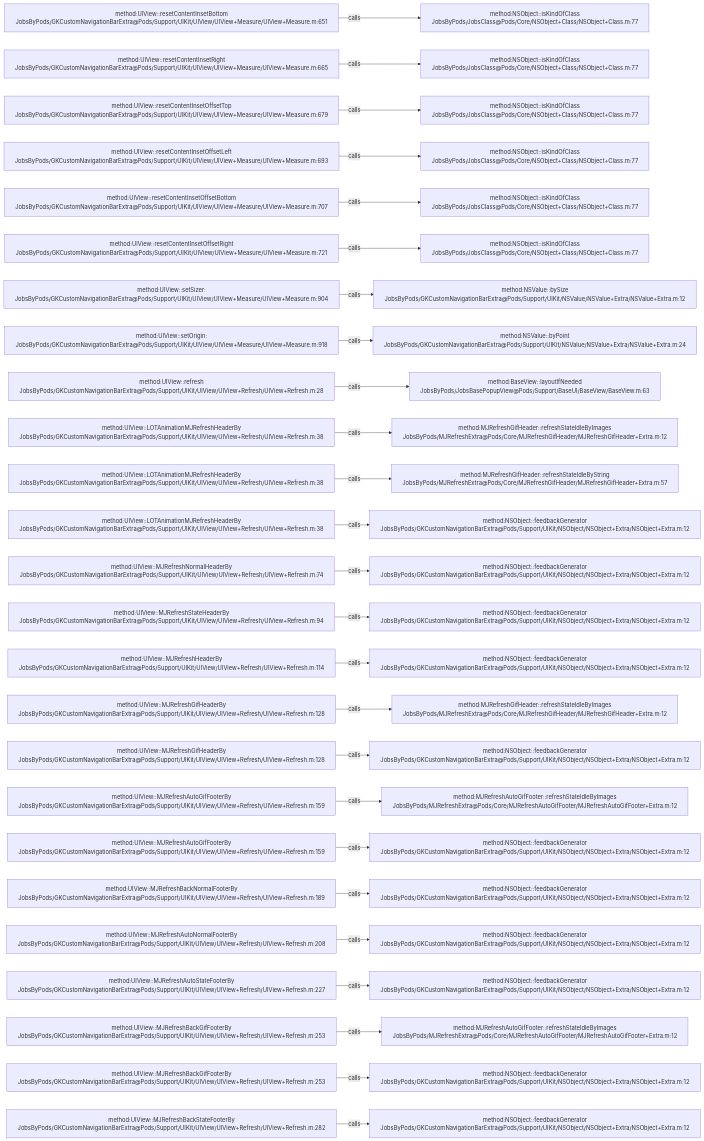
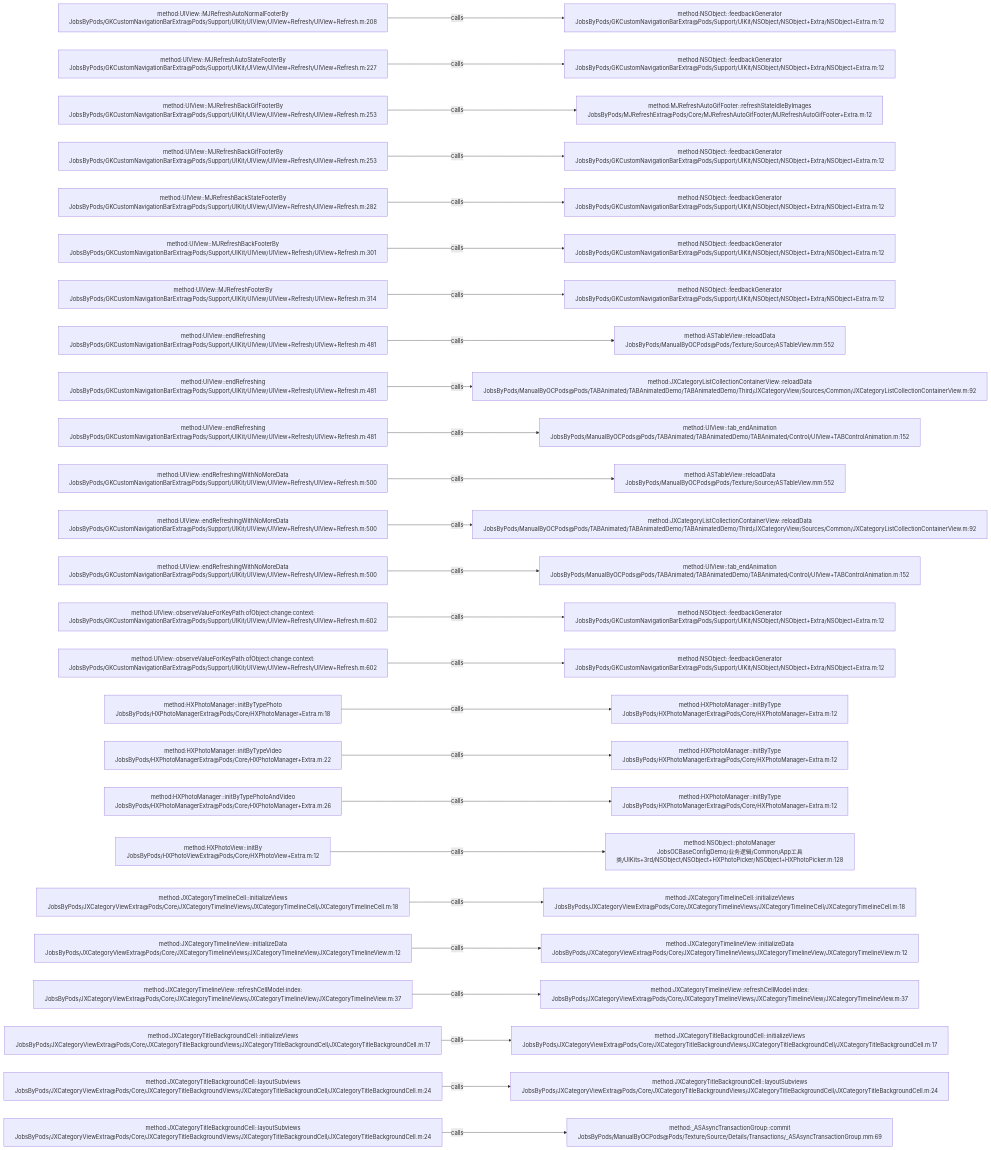
The diagram in .codegraph/codegraph.md/graphs/calls-011.md (JobsKits/JobsOCBaseConfigDemo), drawn with Mermaid before and after one commit. The commit also changed 1026 other files, not shown here.

````diff
--- a/.codegraph/codegraph.md/graphs/calls-011.md
+++ b/.codegraph/codegraph.md/graphs/calls-011.md
@@ -13,78 +13,78 @@
 ```mermaid
 flowchart LR
-  S1["method:UIView::resetContentInsetBottom<br/>JobsByPods/GKCustomNavigationBarExtra@Pods/Support/UIKit/UIView/UIView+Measure/UIView+Measure.m:651"]
-  T1["method:NSObject::isKindOfClass<br/>JobsByPods/JobsClass@Pods/Core/NSObject+Class/NSObject+Class.m:77"]
+  S1["method:UIView::MJRefreshAutoNormalFooterBy<br/>JobsByPods/GKCustomNavigationBarExtra@Pods/Support/UIKit/UIView/UIView+Refresh/UIView+Refresh.m:208"]
+  T1["method:NSObject::feedbackGenerator<br/>JobsByPods/GKCustomNavigationBarExtra@Pods/Support/UIKit/NSObject/NSObject+Extra/NSObject+Extra.m:12"]
   S1 -->|calls| T1
-  S2["method:UIView::resetContentInsetRight<br/>JobsByPods/GKCustomNavigationBarExtra@Pods/Support/UIKit/UIView/UIView+Measure/UIView+Measure.m:665"]
-  T2["method:NSObject::isKindOfClass<br/>JobsByPods/JobsClass@Pods/Core/NSObject+Class/NSObject+Class.m:77"]
+  S2["method:UIView::MJRefreshAutoStateFooterBy<br/>JobsByPods/GKCustomNavigationBarExtra@Pods/Support/UIKit/UIView/UIView+Refresh/UIView+Refresh.m:227"]
+  T2["method:NSObject::feedbackGenerator<br/>JobsByPods/GKCustomNavigationBarExtra@Pods/Support/UIKit/NSObject/NSObject+Extra/NSObject+Extra.m:12"]
   S2 -->|calls| T2
-  S3["method:UIView::resetContentInsetOffsetTop<br/>JobsByPods/GKCustomNavigationBarExtra@Pods/Support/UIKit/UIView/UIView+Measure/UIView+Measure.m:679"]
-  T3["method:NSObject::isKindOfClass<br/>JobsByPods/JobsClass@Pods/Core/NSObject+Class/NSObject+Class.m:77"]
+  S3["method:UIView::MJRefreshBackGifFooterBy<br/>JobsByPods/GKCustomNavigationBarExtra@Pods/Support/UIKit/UIView/UIView+Refresh/UIView+Refresh.m:253"]
+  T3["method:MJRefreshAutoGifFooter::refreshStateIdleByImages<br/>JobsByPods/MJRefreshExtra@Pods/Core/MJRefreshAutoGifFooter/MJRefreshAutoGifFooter+Extra.m:12"]
   S3 -->|calls| T3
-  S4["method:UIView::resetContentInsetOffsetLeft<br/>JobsByPods/GKCustomNavigationBarExtra@Pods/Support/UIKit/UIView/UIView+Measure/UIView+Measure.m:693"]
-  T4["method:NSObject::isKindOfClass<br/>JobsByPods/JobsClass@Pods/Core/NSObject+Class/NSObject+Class.m:77"]
+  S4["method:UIView::MJRefreshBackGifFooterBy<br/>JobsByPods/GKCustomNavigationBarExtra@Pods/Support/UIKit/UIView/UIView+Refresh/UIView+Refresh.m:253"]
+  T4["method:NSObject::feedbackGenerator<br/>JobsByPods/GKCustomNavigationBarExtra@Pods/Support/UIKit/NSObject/NSObject+Extra/NSObject+Extra.m:12"]
   S4 -->|calls| T4
-  S5["method:UIView::resetContentInsetOffsetBottom<br/>JobsByPods/GKCustomNavigationBarExtra@Pods/Support/UIKit/UIView/UIView+Measure/UIView+Measure.m:707"]
-  T5["method:NSObject::isKindOfClass<br/>JobsByPods/JobsClass@Pods/Core/NSObject+Class/NSObject+Class.m:77"]
+  S5["method:UIView::MJRefreshBackStateFooterBy<br/>JobsByPods/GKCustomNavigationBarExtra@Pods/Support/UIKit/UIView/UIView+Refresh/UIView+Refresh.m:282"]
+  T5["method:NSObject::feedbackGenerator<br/>JobsByPods/GKCustomNavigationBarExtra@Pods/Support/UIKit/NSObject/NSObject+Extra/NSObject+Extra.m:12"]
   S5 -->|calls| T5
-  S6["method:UIView::resetContentInsetOffsetRight<br/>JobsByPods/GKCustomNavigationBarExtra@Pods/Support/UIKit/UIView/UIView+Measure/UIView+Measure.m:721"]
-  T6["method:NSObject::isKindOfClass<br/>JobsByPods/JobsClass@Pods/Core/NSObject+Class/NSObject+Class.m:77"]
+  S6["method:UIView::MJRefreshBackFooterBy<br/>JobsByPods/GKCustomNavigationBarExtra@Pods/Support/UIKit/UIView/UIView+Refresh/UIView+Refresh.m:301"]
+  T6["method:NSObject::feedbackGenerator<br/>JobsByPods/GKCustomNavigationBarExtra@Pods/Support/UIKit/NSObject/NSObject+Extra/NSObject+Extra.m:12"]
   S6 -->|calls| T6
-  S7["method:UIView::setSizer:<br/>JobsByPods/GKCustomNavigationBarExtra@Pods/Support/UIKit/UIView/UIView+Measure/UIView+Measure.m:904"]
-  T7["method:NSValue::bySize<br/>JobsByPods/GKCustomNavigationBarExtra@Pods/Support/UIKit/NSValue/NSValue+Extra/NSValue+Extra.m:12"]
+  S7["method:UIView::MJRefreshFooterBy<br/>JobsByPods/GKCustomNavigationBarExtra@Pods/Support/UIKit/UIView/UIView+Refresh/UIView+Refresh.m:314"]
+  T7["method:NSObject::feedbackGenerator<br/>JobsByPods/GKCustomNavigationBarExtra@Pods/Support/UIKit/NSObject/NSObject+Extra/NSObject+Extra.m:12"]
   S7 -->|calls| T7
-  S8["method:UIView::setOrigin:<br/>JobsByPods/GKCustomNavigationBarExtra@Pods/Support/UIKit/UIView/UIView+Measure/UIView+Measure.m:918"]
-  T8["method:NSValue::byPoint<br/>JobsByPods/GKCustomNavigationBarExtra@Pods/Support/UIKit/NSValue/NSValue+Extra/NSValue+Extra.m:24"]
+  S8["method:UIView::endRefreshing<br/>JobsByPods/GKCustomNavigationBarExtra@Pods/Support/UIKit/UIView/UIView+Refresh/UIView+Refresh.m:481"]
+  T8["method:ASTableView::reloadData<br/>JobsByPods/ManualByOCPods@Pods/Texture/Source/ASTableView.mm:552"]
   S8 -->|calls| T8
-  S9["method:UIView::refresh<br/>JobsByPods/GKCustomNavigationBarExtra@Pods/Support/UIKit/UIView/UIView+Refresh/UIView+Refresh.m:28"]
-  T9["method:BaseView::layoutIfNeeded<br/>JobsByPods/JobsBasePopupView@Pods/Support/BaseUI/BaseView/BaseView.m:63"]
+  S9["method:UIView::endRefreshing<br/>JobsByPods/GKCustomNavigationBarExtra@Pods/Support/UIKit/UIView/UIView+Refresh/UIView+Refresh.m:481"]
+  T9["method:JXCategoryListCollectionContainerView::reloadData<br/>JobsByPods/ManualByOCPods@Pods/TABAnimated/TABAnimatedDemo/TABAnimatedDemo/Third/JXCategoryView/Sources/Common/JXCategoryListCollectionContainerView.m:92"]
   S9 -->|calls| T9
-  S10["method:UIView::LOTAnimationMJRefreshHeaderBy<br/>JobsByPods/GKCustomNavigationBarExtra@Pods/Support/UIKit/UIView/UIView+Refresh/UIView+Refresh.m:38"]
-  T10["method:MJRefreshGifHeader::refreshStateIdleByImages<br/>JobsByPods/MJRefreshExtra@Pods/Core/MJRefreshGifHeader/MJRefreshGifHeader+Extra.m:12"]
+  S10["method:UIView::endRefreshing<br/>JobsByPods/GKCustomNavigationBarExtra@Pods/Support/UIKit/UIView/UIView+Refresh/UIView+Refresh.m:481"]
+  T10["method:UIView::tab_endAnimation<br/>JobsByPods/ManualByOCPods@Pods/TABAnimated/TABAnimatedDemo/TABAnimated/Control/UIView+TABControlAnimation.m:152"]
   S10 -->|calls| T10
-  S11["method:UIView::LOTAnimationMJRefreshHeaderBy<br/>JobsByPods/GKCustomNavigationBarExtra@Pods/Support/UIKit/UIView/UIView+Refresh/UIView+Refresh.m:38"]
-  T11["method:MJRefreshGifHeader::refreshStateIdleByString<br/>JobsByPods/MJRefreshExtra@Pods/Core/MJRefreshGifHeader/MJRefreshGifHeader+Extra.m:57"]
+  S11["method:UIView::endRefreshingWithNoMoreData<br/>JobsByPods/GKCustomNavigationBarExtra@Pods/Support/UIKit/UIView/UIView+Refresh/UIView+Refresh.m:500"]
+  T11["method:ASTableView::reloadData<br/>JobsByPods/ManualByOCPods@Pods/Texture/Source/ASTableView.mm:552"]
   S11 -->|calls| T11
-  S12["method:UIView::LOTAnimationMJRefreshHeaderBy<br/>JobsByPods/GKCustomNavigationBarExtra@Pods/Support/UIKit/UIView/UIView+Refresh/UIView+Refresh.m:38"]
-  T12["method:NSObject::feedbackGenerator<br/>JobsByPods/GKCustomNavigationBarExtra@Pods/Support/UIKit/NSObject/NSObject+Extra/NSObject+Extra.m:12"]
+  S12["method:UIView::endRefreshingWithNoMoreData<br/>JobsByPods/GKCustomNavigationBarExtra@Pods/Support/UIKit/UIView/UIView+Refresh/UIView+Refresh.m:500"]
+  T12["method:JXCategoryListCollectionContainerView::reloadData<br/>JobsByPods/ManualByOCPods@Pods/TABAnimated/TABAnimatedDemo/TABAnimatedDemo/Third/JXCategoryView/Sources/Common/JXCategoryListCollectionContainerView.m:92"]
   S12 -->|calls| T12
-  S13["method:UIView::MJRefreshNormalHeaderBy<br/>JobsByPods/GKCustomNavigationBarExtra@Pods/Support/UIKit/UIView/UIView+Refresh/UIView+Refresh.m:74"]
-  T13["method:NSObject::feedbackGenerator<br/>JobsByPods/GKCustomNavigationBarExtra@Pods/Support/UIKit/NSObject/NSObject+Extra/NSObject+Extra.m:12"]
+  S13["method:UIView::endRefreshingWithNoMoreData<br/>JobsByPods/GKCustomNavigationBarExtra@Pods/Support/UIKit/UIView/UIView+Refresh/UIView+Refresh.m:500"]
+  T13["method:UIView::tab_endAnimation<br/>JobsByPods/ManualByOCPods@Pods/TABAnimated/TABAnimatedDemo/TABAnimated/Control/UIView+TABControlAnimation.m:152"]
   S13 -->|calls| T13
-  S14["method:UIView::MJRefreshStateHeaderBy<br/>JobsByPods/GKCustomNavigationBarExtra@Pods/Support/UIKit/UIView/UIView+Refresh/UIView+Refresh.m:94"]
+  S14["method:UIView::observeValueForKeyPath:ofObject:change:context:<br/>JobsByPods/GKCustomNavigationBarExtra@Pods/Support/UIKit/UIView/UIView+Refresh/UIView+Refresh.m:602"]
   T14["method:NSObject::feedbackGenerator<br/>JobsByPods/GKCustomNavigationBarExtra@Pods/Support/UIKit/NSObject/NSObject+Extra/NSObject+Extra.m:12"]
   S14 -->|calls| T14
-  S15["method:UIView::MJRefreshHeaderBy<br/>JobsByPods/GKCustomNavigationBarExtra@Pods/Support/UIKit/UIView/UIView+Refresh/UIView+Refresh.m:114"]
+  S15["method:UIView::observeValueForKeyPath:ofObject:change:context:<br/>JobsByPods/GKCustomNavigationBarExtra@Pods/Support/UIKit/UIView/UIView+Refresh/UIView+Refresh.m:602"]
   T15["method:NSObject::feedbackGenerator<br/>JobsByPods/GKCustomNavigationBarExtra@Pods/Support/UIKit/NSObject/NSObject+Extra/NSObject+Extra.m:12"]
   S15 -->|calls| T15
-  S16["method:UIView::MJRefreshGifHeaderBy<br/>JobsByPods/GKCustomNavigationBarExtra@Pods/Support/UIKit/UIView/UIView+Refresh/UIView+Refresh.m:128"]
-  T16["method:MJRefreshGifHeader::refreshStateIdleByImages<br/>JobsByPods/MJRefreshExtra@Pods/Core/MJRefreshGifHeader/MJRefreshGifHeader+Extra.m:12"]
+  S16["method:HXPhotoManager::initByTypePhoto<br/>JobsByPods/HXPhotoManagerExtra@Pods/Core/HXPhotoManager+Extra.m:18"]
+  T16["method:HXPhotoManager::initByType<br/>JobsByPods/HXPhotoManagerExtra@Pods/Core/HXPhotoManager+Extra.m:12"]
   S16 -->|calls| T16
-  S17["method:UIView::MJRefreshGifHeaderBy<br/>JobsByPods/GKCustomNavigationBarExtra@Pods/Support/UIKit/UIView/UIView+Refresh/UIView+Refresh.m:128"]
-  T17["method:NSObject::feedbackGenerator<br/>JobsByPods/GKCustomNavigationBarExtra@Pods/Support/UIKit/NSObject/NSObject+Extra/NSObject+Extra.m:12"]
+  S17["method:HXPhotoManager::initByTypeVideo<br/>JobsByPods/HXPhotoManagerExtra@Pods/Core/HXPhotoManager+Extra.m:22"]
+  T17["method:HXPhotoManager::initByType<br/>JobsByPods/HXPhotoManagerExtra@Pods/Core/HXPhotoManager+Extra.m:12"]
   S17 -->|calls| T17
-  S18["method:UIView::MJRefreshAutoGifFooterBy<br/>JobsByPods/GKCustomNavigationBarExtra@Pods/Support/UIKit/UIView/UIView+Refresh/UIView+Refresh.m:159"]
-  T18["method:MJRefreshAutoGifFooter::refreshStateIdleByImages<br/>JobsByPods/MJRefreshExtra@Pods/Core/MJRefreshAutoGifFooter/MJRefreshAutoGifFooter+Extra.m:12"]
+  S18["method:HXPhotoManager::initByTypePhotoAndVideo<br/>JobsByPods/HXPhotoManagerExtra@Pods/Core/HXPhotoManager+Extra.m:26"]
+  T18["method:HXPhotoManager::initByType<br/>JobsByPods/HXPhotoManagerExtra@Pods/Core/HXPhotoManager+Extra.m:12"]
   S18 -->|calls| T18
-  S19["method:UIView::MJRefreshAutoGifFooterBy<br/>JobsByPods/GKCustomNavigationBarExtra@Pods/Support/UIKit/UIView/UIView+Refresh/UIView+Refresh.m:159"]
-  T19["method:NSObject::feedbackGenerator<br/>JobsByPods/GKCustomNavigationBarExtra@Pods/Support/UIKit/NSObject/NSObject+Extra/NSObject+Extra.m:12"]
+  S19["method:HXPhotoView::initBy<br/>JobsByPods/HXPhotoViewExtra@Pods/Core/HXPhotoView+Extra.m:12"]
+  T19["method:NSObject::photoManager<br/>JobsOCBaseConfigDemo/业务逻辑/Common/App工具类/UIKits+3rd/NSObject/NSObject+HXPhotoPicker/NSObject+HXPhotoPicker.m:128"]
   S19 -->|calls| T19
-  S20["method:UIView::MJRefreshBackNormalFooterBy<br/>JobsByPods/GKCustomNavigationBarExtra@Pods/Support/UIKit/UIView/UIView+Refresh/UIView+Refresh.m:189"]
-  T20["method:NSObject::feedbackGenerator<br/>JobsByPods/GKCustomNavigationBarExtra@Pods/Support/UIKit/NSObject/NSObject+Extra/NSObject+Extra.m:12"]
+  S20["method:JXCategoryTimelineCell::initializeViews<br/>JobsByPods/JXCategoryViewExtra@Pods/Core/JXCategoryTimelineViews/JXCategoryTimelineCell/JXCategoryTimelineCell.m:18"]
+  T20["method:JXCategoryTimelineCell::initializeViews<br/>JobsByPods/JXCategoryViewExtra@Pods/Core/JXCategoryTimelineViews/JXCategoryTimelineCell/JXCategoryTimelineCell.m:18"]
   S20 -->|calls| T20
-  S21["method:UIView::MJRefreshAutoNormalFooterBy<br/>JobsByPods/GKCustomNavigationBarExtra@Pods/Support/UIKit/UIView/UIView+Refresh/UIView+Refresh.m:208"]
-  T21["method:NSObject::feedbackGenerator<br/>JobsByPods/GKCustomNavigationBarExtra@Pods/Support/UIKit/NSObject/NSObject+Extra/NSObject+Extra.m:12"]
+  S21["method:JXCategoryTimelineView::initializeData<br/>JobsByPods/JXCategoryViewExtra@Pods/Core/JXCategoryTimelineViews/JXCategoryTimelineView/JXCategoryTimelineView.m:12"]
+  T21["method:JXCategoryTimelineView::initializeData<br/>JobsByPods/JXCategoryViewExtra@Pods/Core/JXCategoryTimelineViews/JXCategoryTimelineView/JXCategoryTimelineView.m:12"]
   S21 -->|calls| T21
-  S22["method:UIView::MJRefreshAutoStateFooterBy<br/>JobsByPods/GKCustomNavigationBarExtra@Pods/Support/UIKit/UIView/UIView+Refresh/UIView+Refresh.m:227"]
-  T22["method:NSObject::feedbackGenerator<br/>JobsByPods/GKCustomNavigationBarExtra@Pods/Support/UIKit/NSObject/NSObject+Extra/NSObject+Extra.m:12"]
+  S22["method:JXCategoryTimelineView::refreshCellModel:index:<br/>JobsByPods/JXCategoryViewExtra@Pods/Core/JXCategoryTimelineViews/JXCategoryTimelineView/JXCategoryTimelineView.m:37"]
+  T22["method:JXCategoryTimelineView::refreshCellModel:index:<br/>JobsByPods/JXCategoryViewExtra@Pods/Core/JXCategoryTimelineViews/JXCategoryTimelineView/JXCategoryTimelineView.m:37"]
   S22 -->|calls| T22
-  S23["method:UIView::MJRefreshBackGifFooterBy<br/>JobsByPods/GKCustomNavigationBarExtra@Pods/Support/UIKit/UIView/UIView+Refresh/UIView+Refresh.m:253"]
-  T23["method:MJRefreshAutoGifFooter::refreshStateIdleByImages<br/>JobsByPods/MJRefreshExtra@Pods/Core/MJRefreshAutoGifFooter/MJRefreshAutoGifFooter+Extra.m:12"]
+  S23["method:JXCategoryTitleBackgroundCell::initializeViews<br/>JobsByPods/JXCategoryViewExtra@Pods/Core/JXCategoryTitleBackgroundViews/JXCategoryTitleBackgroundCell/JXCategoryTitleBackgroundCell.m:17"]
+  T23["method:JXCategoryTitleBackgroundCell::initializeViews<br/>JobsByPods/JXCategoryViewExtra@Pods/Core/JXCategoryTitleBackgroundViews/JXCategoryTitleBackgroundCell/JXCategoryTitleBackgroundCell.m:17"]
   S23 -->|calls| T23
-  S24["method:UIView::MJRefreshBackGifFooterBy<br/>JobsByPods/GKCustomNavigationBarExtra@Pods/Support/UIKit/UIView/UIView+Refresh/UIView+Refresh.m:253"]
-  T24["method:NSObject::feedbackGenerator<br/>JobsByPods/GKCustomNavigationBarExtra@Pods/Support/UIKit/NSObject/NSObject+Extra/NSObject+Extra.m:12"]
+  S24["method:JXCategoryTitleBackgroundCell::layoutSubviews<br/>JobsByPods/JXCategoryViewExtra@Pods/Core/JXCategoryTitleBackgroundViews/JXCategoryTitleBackgroundCell/JXCategoryTitleBackgroundCell.m:24"]
+  T24["method:JXCategoryTitleBackgroundCell::layoutSubviews<br/>JobsByPods/JXCategoryViewExtra@Pods/Core/JXCategoryTitleBackgroundViews/JXCategoryTitleBackgroundCell/JXCategoryTitleBackgroundCell.m:24"]
   S24 -->|calls| T24
-  S25["method:UIView::MJRefreshBackStateFooterBy<br/>JobsByPods/GKCustomNavigationBarExtra@Pods/Support/UIKit/UIView/UIView+Refresh/UIView+Refresh.m:282"]
-  T25["method:NSObject::feedbackGenerator<br/>JobsByPods/GKCustomNavigationBarExtra@Pods/Support/UIKit/NSObject/NSObject+Extra/NSObject+Extra.m:12"]
+  S25["method:JXCategoryTitleBackgroundCell::layoutSubviews<br/>JobsByPods/JXCategoryViewExtra@Pods/Core/JXCategoryTitleBackgroundViews/JXCategoryTitleBackgroundCell/JXCategoryTitleBackgroundCell.m:24"]
+  T25["method:_ASAsyncTransactionGroup::commit<br/>JobsByPods/ManualByOCPods@Pods/Texture/Source/Details/Transactions/_ASAsyncTransactionGroup.mm:69"]
   S25 -->|calls| T25
 ```
````
